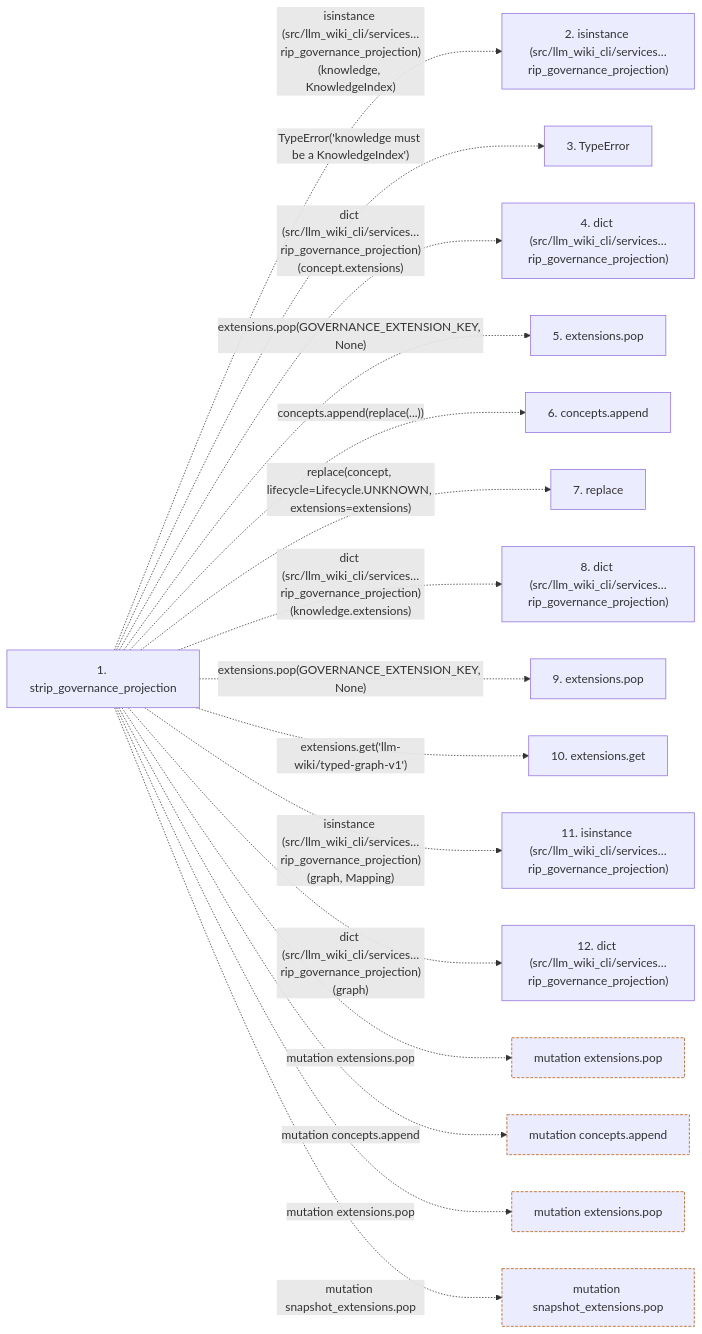
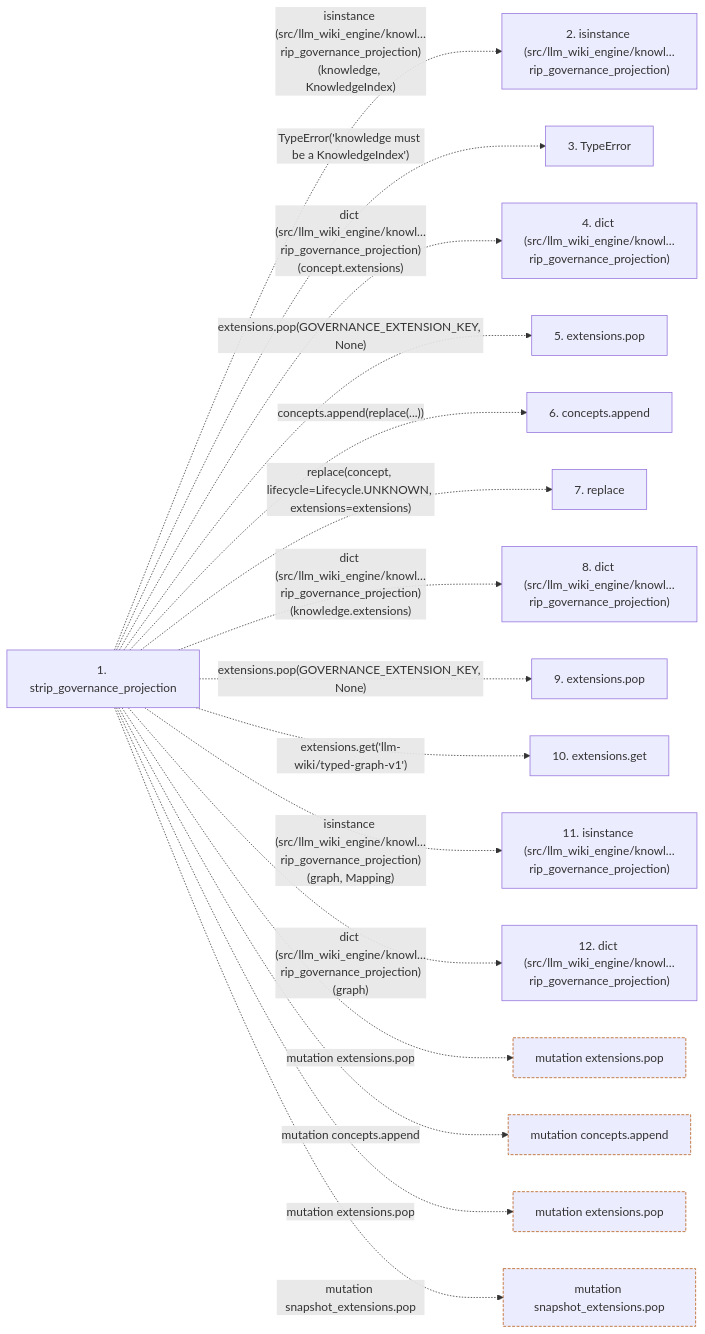
The second of 2 diagrams in docs/llm_wiki/flows/api-strip_governance_projection.md (Denissvgn/python-wiki-llm), drawn with Mermaid before and after one commit. The commit also changed other lines of this file and 1058 other files, not shown here.

First line of the commit message:
docs: refresh the wiki for the knowledge store move

````diff
--- a/docs/llm_wiki/flows/api-strip_governance_projection.md
+++ b/docs/llm_wiki/flows/api-strip_governance_projection.md
@@ -138,40 +138,40 @@
 ```mermaid
 flowchart LR
     s1["1. strip_governance_projection"]
-    s2["2. isinstance (src/llm_wiki_cli/services…rip_governance_projection)"]
+    s2["2. isinstance (src/llm_wiki_engine/knowl…rip_governance_projection)"]
     s3["3. TypeError"]
-    s4["4. dict (src/llm_wiki_cli/services…rip_governance_projection)"]
+    s4["4. dict (src/llm_wiki_engine/knowl…rip_governance_projection)"]
     s5["5. extensions.pop"]
     s6["6. concepts.append"]
     s7["7. replace"]
-    s8["8. dict (src/llm_wiki_cli/services…rip_governance_projection)"]
+    s8["8. dict (src/llm_wiki_engine/knowl…rip_governance_projection)"]
     s9["9. extensions.pop"]
     s10["10. extensions.get"]
-    s11["11. isinstance (src/llm_wiki_cli/services…rip_governance_projection)"]
-    s12["12. dict (src/llm_wiki_cli/services…rip_governance_projection)"]
-    s1 -. "isinstance (src/llm_wiki_cli/services…rip_governance_projection)(knowledge, KnowledgeIndex)" .-> s2
+    s11["11. isinstance (src/llm_wiki_engine/knowl…rip_governance_projection)"]
+    s12["12. dict (src/llm_wiki_engine/knowl…rip_governance_projection)"]
+    s1 -. "isinstance (src/llm_wiki_engine/knowl…rip_governance_projection)(knowledge, KnowledgeIndex)" .-> s2
     s1 -. "TypeError('knowledge must be a KnowledgeIndex')" .-> s3
-    s1 -. "dict (src/llm_wiki_cli/services…rip_governance_projection)(concept.extensions)" .-> s4
+    s1 -. "dict (src/llm_wiki_engine/knowl…rip_governance_projection)(concept.extensions)" .-> s4
     s1 -. "extensions.pop(GOVERNANCE_EXTENSION_KEY, None)" .-> s5
     s1 -. "concepts.append(replace(...))" .-> s6
     s1 -. "replace(concept, lifecycle=Lifecycle.UNKNOWN, extensions=extensions)" .-> s7
-    s1 -. "dict (src/llm_wiki_cli/services…rip_governance_projection)(knowledge.extensions)" .-> s8
+    s1 -. "dict (src/llm_wiki_engine/knowl…rip_governance_projection)(knowledge.extensions)" .-> s8
     s1 -. "extensions.pop(GOVERNANCE_EXTENSION_KEY, None)" .-> s9
     s1 -. "extensions.get('llm-wiki/typed-graph-v1')" .-> s10
-    s1 -. "isinstance (src/llm_wiki_cli/services…rip_governance_projection)(graph, Mapping)" .-> s11
-    s1 -. "dict (src/llm_wiki_cli/services…rip_governance_projection)(graph)" .-> s12
+    s1 -. "isinstance (src/llm_wiki_engine/knowl…rip_governance_projection)(graph, Mapping)" .-> s11
+    s1 -. "dict (src/llm_wiki_engine/knowl…rip_governance_projection)(graph)" .-> s12
     b0["mutation extensions.pop"]
     s1 -. "mutation extensions.pop" .-> b0
     b1["mutation concepts.append"]
     s1 -. "mutation concepts.append" .-> b1
     b2["mutation extensions.pop"]
     s1 -. "mutation extensions.pop" .-> b2
     b3["mutation snapshot_extensions.pop"]
     s1 -. "mutation snapshot_extensions.pop" .-> b3
     click s1 "../modules/knowledge_governance.md"
     classDef boundary stroke:#b45309,stroke-dasharray: 4 2
     class b0 boundary
     class b1 boundary
     class b2 boundary
     class b3 boundary
 ```
````
